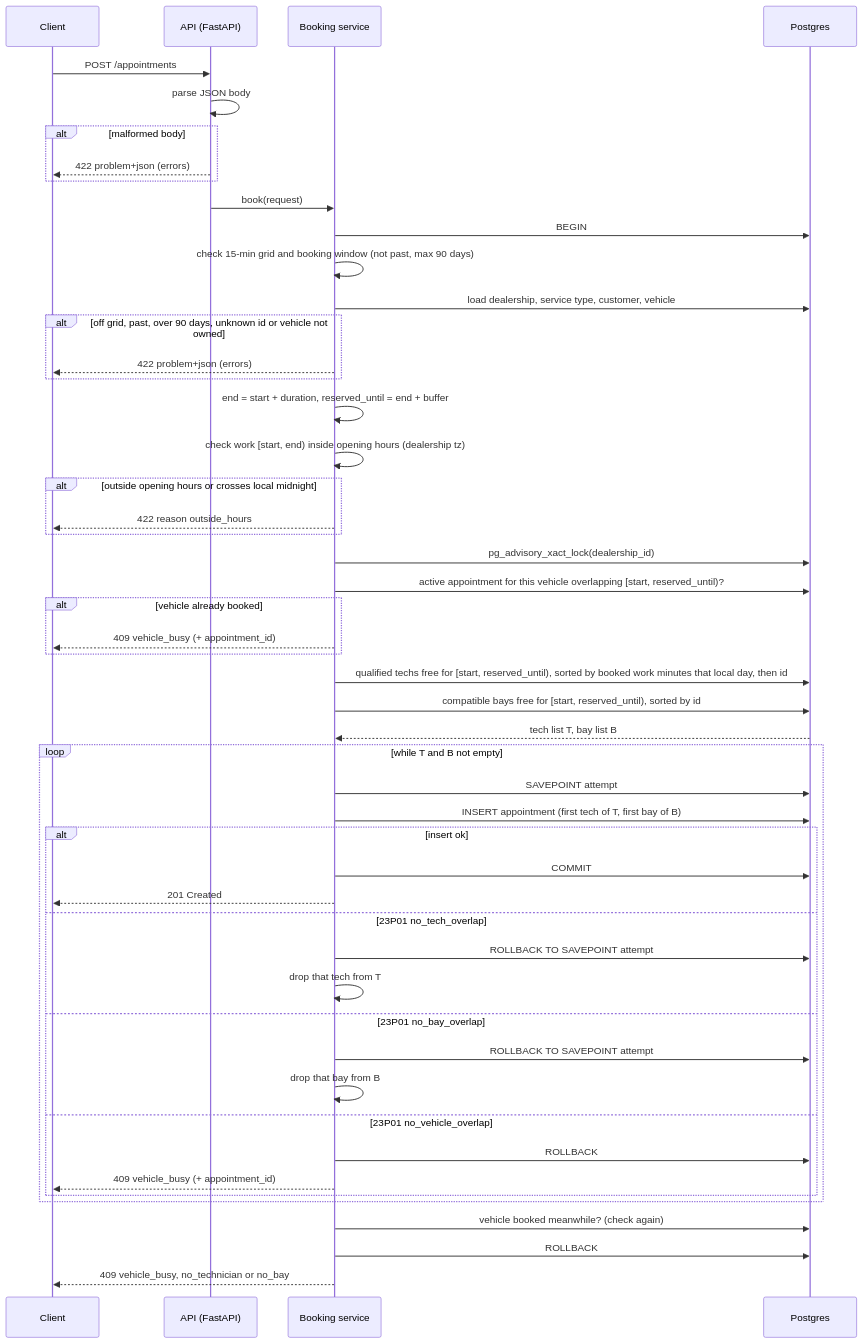
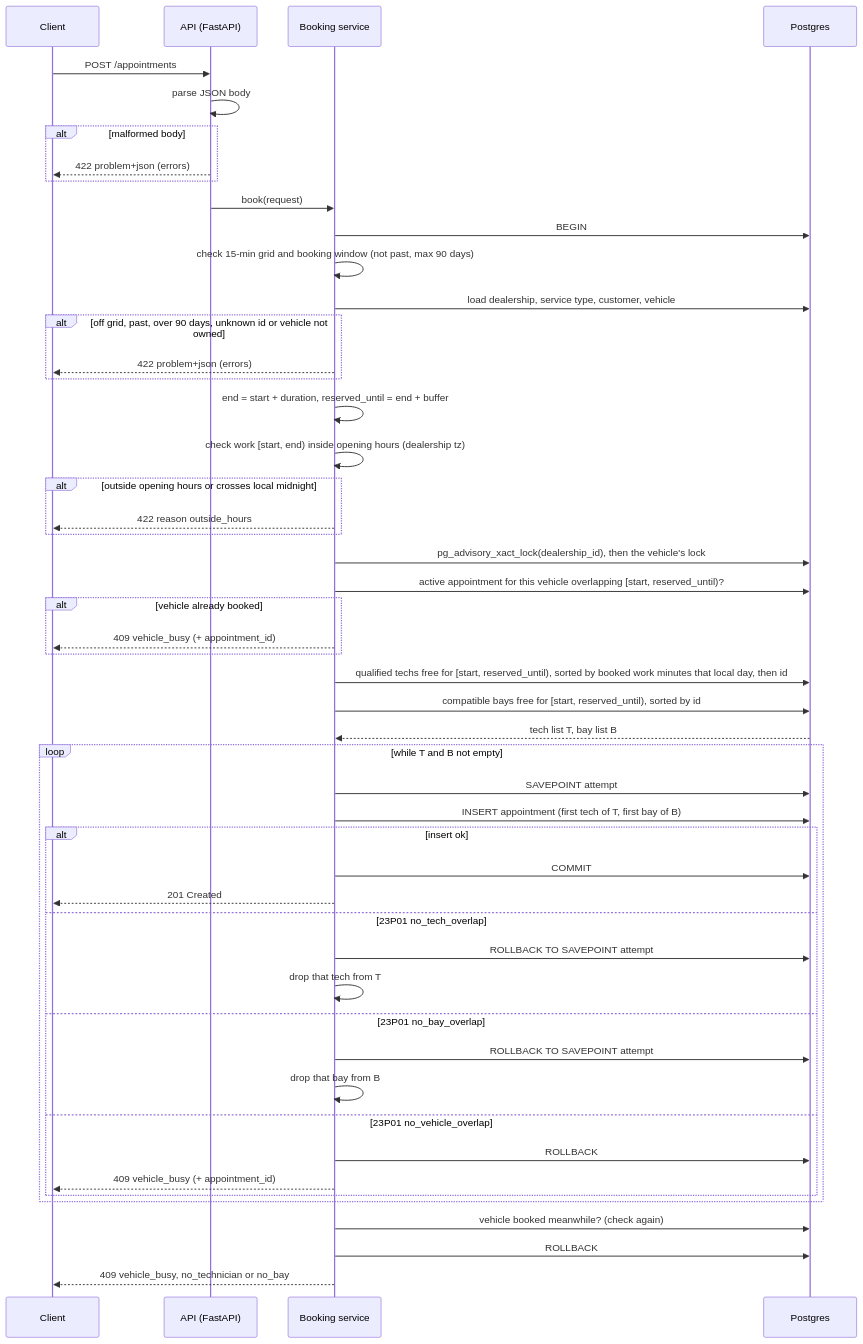
Before and after one commit to chezzijr/keyloop-service-scheduler: the third of 3 diagrams in docs/design.md, drawn with Mermaid. The commit also changed other lines of this file and 4 other files, not shown here.

Commit message:
fix: lock each vehicle to stop cross-dealership deadlocks

````diff
--- a/docs/design.md
+++ b/docs/design.md
@@ -161,53 +161,53 @@
 ```mermaid
 sequenceDiagram
     participant C as Client
     participant A as API (FastAPI)
     participant S as Booking service
     participant P as Postgres
 
     C->>A: POST /appointments
     A->>A: parse JSON body
     alt malformed body
         A-->>C: 422 problem+json (errors)
     end
     A->>S: book(request)
     S->>P: BEGIN
     S->>S: check 15-min grid and booking window (not past, max 90 days)
     S->>P: load dealership, service type, customer, vehicle
     alt off grid, past, over 90 days, unknown id or vehicle not owned
         S-->>C: 422 problem+json (errors)
     end
     S->>S: end = start + duration, reserved_until = end + buffer
     S->>S: check work [start, end) inside opening hours (dealership tz)
     alt outside opening hours or crosses local midnight
         S-->>C: 422 reason outside_hours
     end
-    S->>P: pg_advisory_xact_lock(dealership_id)
+    S->>P: pg_advisory_xact_lock(dealership_id), then the vehicle's lock
     S->>P: active appointment for this vehicle overlapping [start, reserved_until)?
     alt vehicle already booked
         S-->>C: 409 vehicle_busy (+ appointment_id)
     end
     S->>P: qualified techs free for [start, reserved_until), sorted by booked work minutes that local day, then id
     S->>P: compatible bays free for [start, reserved_until), sorted by id
     P-->>S: tech list T, bay list B
     loop while T and B not empty
         S->>P: SAVEPOINT attempt
         S->>P: INSERT appointment (first tech of T, first bay of B)
         alt insert ok
             S->>P: COMMIT
             S-->>C: 201 Created
         else 23P01 no_tech_overlap
             S->>P: ROLLBACK TO SAVEPOINT attempt
             S->>S: drop that tech from T
         else 23P01 no_bay_overlap
             S->>P: ROLLBACK TO SAVEPOINT attempt
             S->>S: drop that bay from B
         else 23P01 no_vehicle_overlap
             S->>P: ROLLBACK
             S-->>C: 409 vehicle_busy (+ appointment_id)
         end
     end
     S->>P: vehicle booked meanwhile? (check again)
     S->>P: ROLLBACK
     S-->>C: 409 vehicle_busy, no_technician or no_bay
 ```
````
